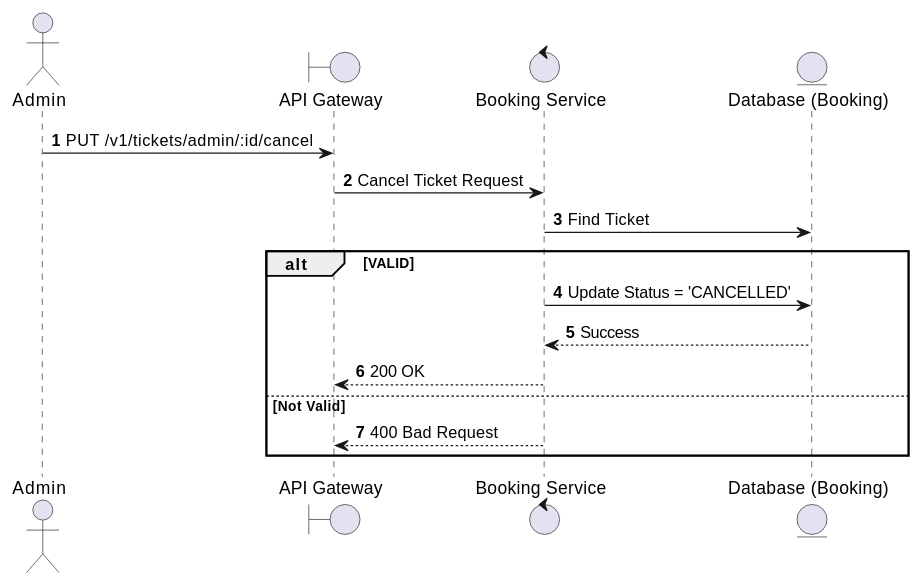
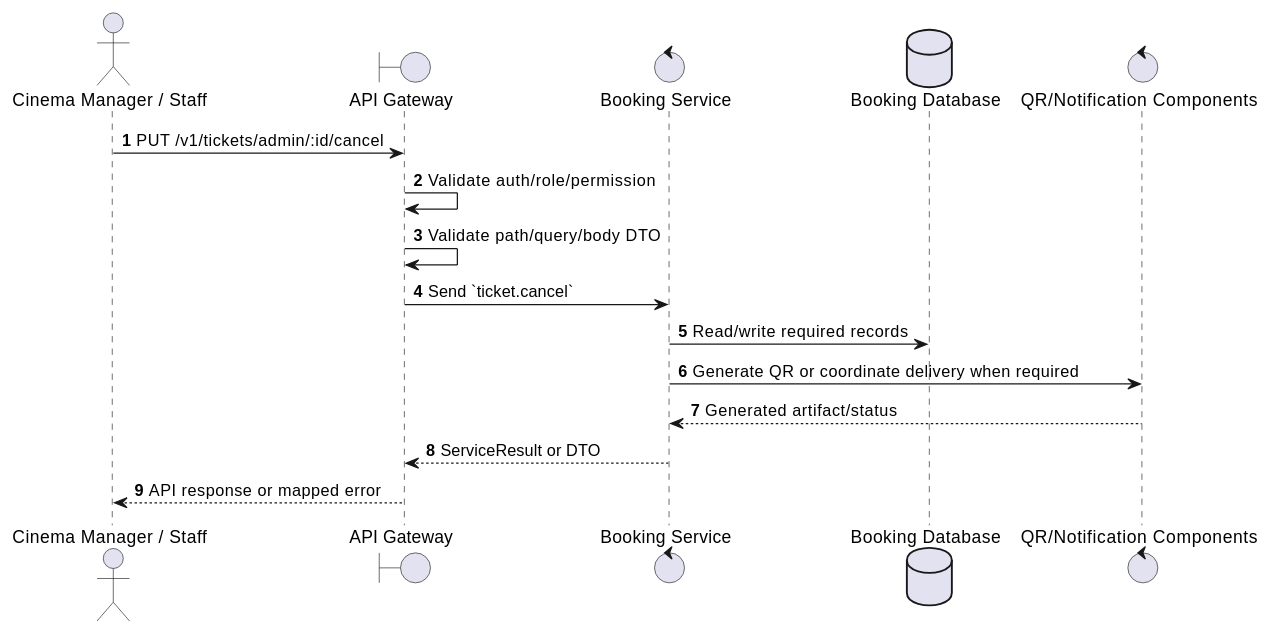
The first of 2 diagrams in docs/functional_specs/3.7_Ticket_Management_Module/TK-A05_Cancel_Ticket.md (Tanh1603/movie-hub-architecture), drawn with PlantUML before and after one commit. The commit also changed other lines of this file and 126 other files, not shown here.

````diff
--- a/docs/functional_specs/3.7_Ticket_Management_Module/TK-A05_Cancel_Ticket.md
+++ b/docs/functional_specs/3.7_Ticket_Management_Module/TK-A05_Cancel_Ticket.md
@@ -17,20 +17,20 @@
 ```plantuml
 @startuml
 autonumber
-actor Admin
+actor "Cinema Manager / Staff" as Actor
 boundary "API Gateway" as GW
-control "Booking Service" as BS
-entity "Database (Booking)" as DB
+control "Booking Service" as SVC
+database "Booking Database" as DB
+control "QR/Notification Components" as EXT
 
-Admin -> GW: PUT /v1/tickets/admin/:id/cancel
-GW -> BS: Cancel Ticket Request
-BS -> DB: Find Ticket
-alt VALID
-    BS -> DB: Update Status = 'CANCELLED'
-    DB --> BS: Success
-    BS --> GW: 200 OK
-else Not Valid
-    BS --> GW: 400 Bad Request
-end
+Actor -> GW: PUT /v1/tickets/admin/:id/cancel
+GW -> GW: Validate auth/role/permission
+GW -> GW: Validate path/query/body DTO
+GW -> SVC: Send `ticket.cancel`
+SVC -> DB: Read/write required records
+SVC -> EXT: Generate QR or coordinate delivery when required
+EXT --> SVC: Generated artifact/status
+SVC --> GW: ServiceResult or DTO
+GW --> Actor: API response or mapped error
 @enduml
 ```
````
